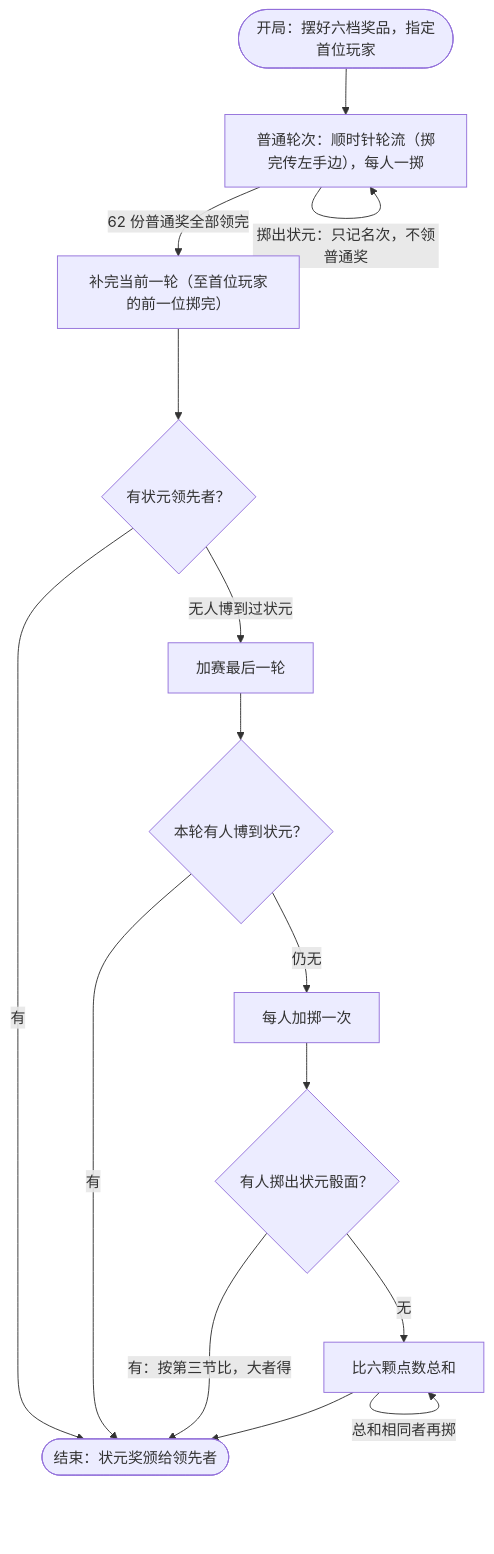
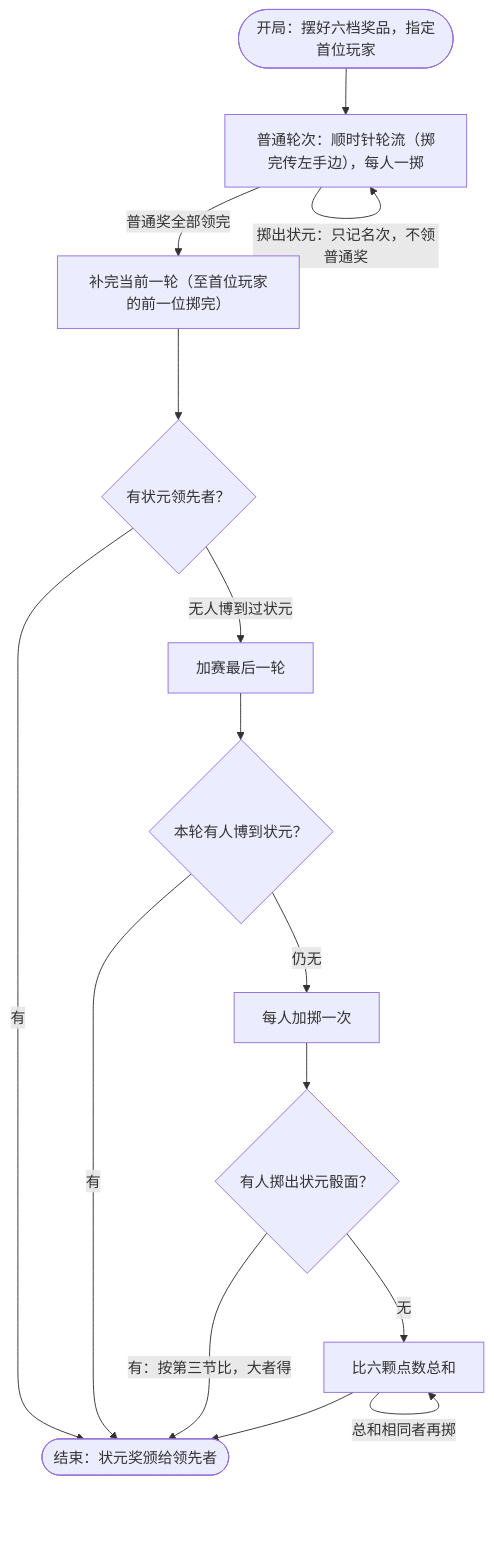
Before and after one commit to luochang212/bobing-game: the diagram in README.md, drawn with Mermaid. The commit also changed other lines of this file and 14 other files, not shown here.

````diff
--- a/README.md
+++ b/README.md
@@ -82,23 +84,23 @@
 ```mermaid
 flowchart TD
     start(["开局：摆好六档奖品，指定首位玩家"]) --> normal
 
     normal["普通轮次：顺时针轮流（掷完传左手边），每人一掷"]
     normal -->|"掷出普通奖且该档有货：领 1 份"| normal
     normal -->|"掷出普通奖但该档已空：空过，不改领其他奖"| normal
     normal -->|"未列出的组合：不中奖"| normal
     normal -->|"掷出状元：只记名次，不领普通奖"| normal
 
-    normal -->|"62 份普通奖全部领完"| finish["补完当前一轮（至首位玩家的前一位掷完）"]
+    normal -->|"普通奖全部领完"| finish["补完当前一轮（至首位玩家的前一位掷完）"]
     finish --> check{"有状元领先者？"}
     check -->|"有"| over(["结束：状元奖颁给领先者"])
     check -->|"无人博到过状元"| extra["加赛最后一轮"]
     extra --> check2{"本轮有人博到状元？"}
     check2 -->|"有"| over
     check2 -->|"仍无"| roll["每人加掷一次"]
     roll --> check3{"有人掷出状元骰面？"}
     check3 -->|"有：按第三节比，大者得"| over
     check3 -->|"无"| sum["比六颗点数总和"]
     sum -->|"总和相同者再掷"| sum
     sum --> over
 ```
````
